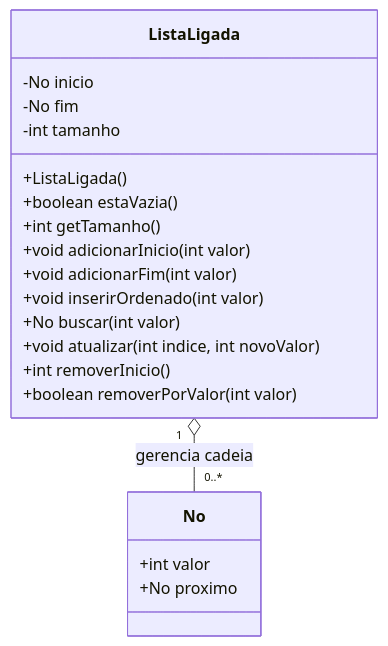
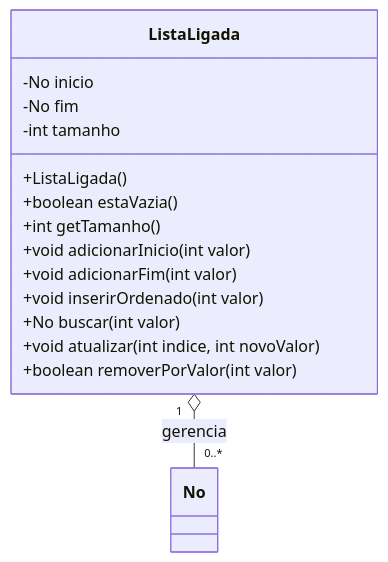
Before and after one commit to murilolol/unifef: diagram 15 of 27 in 4º Semestre/[Prof. Wesley Soares] Estrutura de Dados I/Resumos-IA/Caderno-Consolidado.md, drawn with Mermaid. The commit also changed other lines of this file and 40 other files, not shown here.

````diff
--- a/4º Semestre/[Prof. Wesley Soares] Estrutura de Dados I/Resumos-IA/Caderno-Consolidado.md
+++ b/4º Semestre/[Prof. Wesley Soares] Estrutura de Dados I/Resumos-IA/Caderno-Consolidado.md
@@ -570,23 +697,18 @@
 ```mermaid
 classDiagram
     class ListaLigada {
         -No inicio
         -No fim
         -int tamanho
         +ListaLigada()
         +boolean estaVazia()
         +int getTamanho()
         +void adicionarInicio(int valor)
         +void adicionarFim(int valor)
         +void inserirOrdenado(int valor)
         +No buscar(int valor)
         +void atualizar(int indice, int novoValor)
-        +int removerInicio()
         +boolean removerPorValor(int valor)
     }
-    class No {
-        +int valor
-        +No proximo
-    }
-    ListaLigada "1" o-- "0..*" No : gerencia cadeia
+    ListaLigada "1" o-- "0..*" No : gerencia
 ```
````
